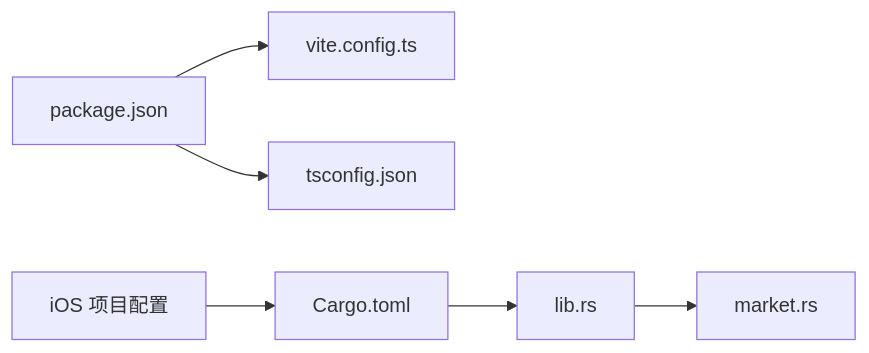
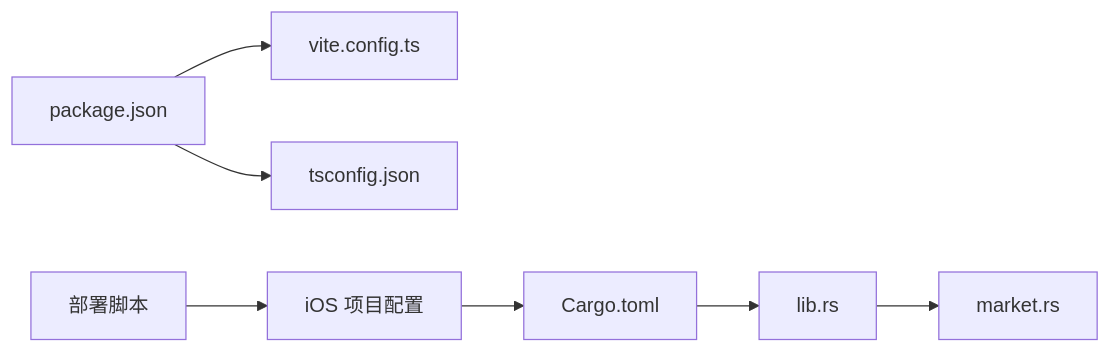
The fourth of 4 diagrams in .qoder/repowiki/zh/content/配置与部署.md (jiashaoying/hq-kanban-app), drawn with Mermaid before and after one commit. The commit also changed other lines of this file and 7 other files, not shown here.

````diff
--- a/.qoder/repowiki/zh/content/配置与部署.md
+++ b/.qoder/repowiki/zh/content/配置与部署.md
@@ -331,15 +371,17 @@
 ```mermaid
 graph LR
 PKG["package.json"]
 VCFG["vite.config.ts"]
 TSCFG["tsconfig.json"]
 CARGO["Cargo.toml"]
 LIB["lib.rs"]
 MKT["market.rs"]
 IOS["iOS 项目配置"]
+DEPLOY["部署脚本"]
 PKG --> VCFG
 PKG --> TSCFG
 CARGO --> LIB
 LIB --> MKT
 IOS --> CARGO
+DEPLOY --> IOS
 ```
````
